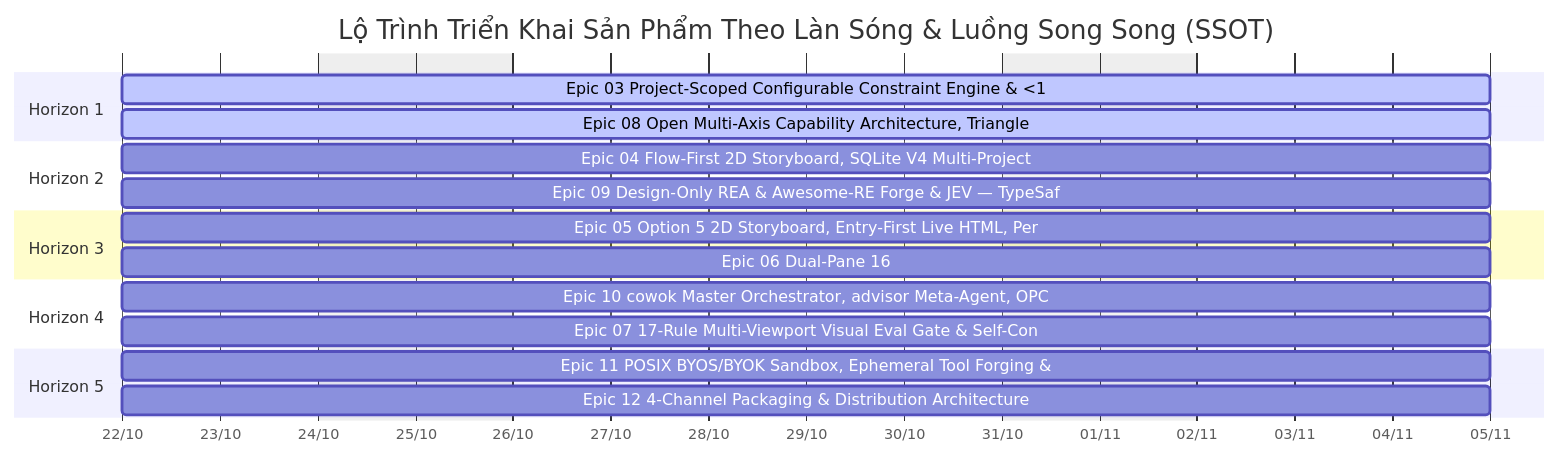
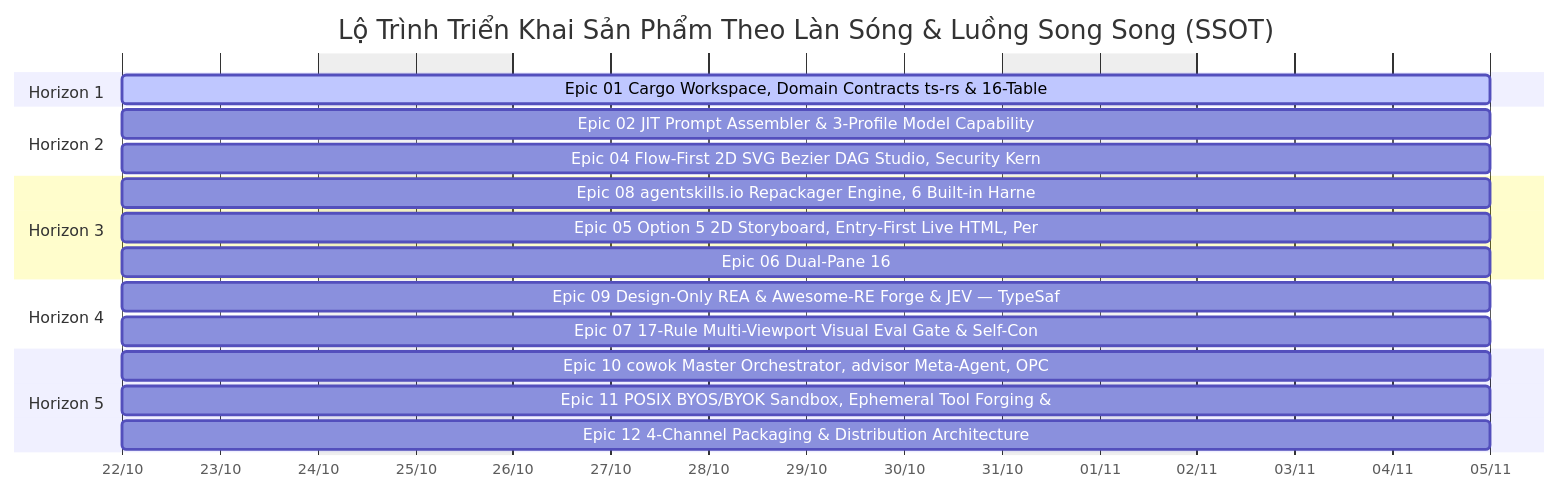
Before and after one commit to Nam123321/cowok-design: the second of 2 diagrams in _iwish-output/3. Development/development-roadmap.md, drawn with Mermaid. The commit also changed other lines of this file and 186 other files, not shown here.

````diff
--- a/_iwish-output/3. Development/development-roadmap.md
+++ b/_iwish-output/3. Development/development-roadmap.md
@@ -134,23 +134,24 @@
 ```mermaid
 gantt
     title Lộ Trình Triển Khai Sản Phẩm Theo Làn Sóng & Luồng Song Song (SSOT)
     dateFormat  YYYY-MM-DD
     axisFormat  %d/%m
     excludes    weekends
 
     section Horizon 1
-    Epic 03 Project-Scoped Configurable Constraint Engine & <1 :active, e03, 2026-10-22, 10d
-    Epic 08 Open Multi-Axis Capability Architecture, Triangle  :active, e08, 2026-10-22, 10d
+    Epic 01 Cargo Workspace, Domain Contracts ts-rs & 16-Table :active, e01, 2026-10-22, 10d
     section Horizon 2
-    Epic 04 Flow-First 2D Storyboard, SQLite V4 Multi-Project  : e04, 2026-10-22, 10d
-    Epic 09 Design-Only REA & Awesome-RE Forge & JEV — TypeSaf : e09, 2026-10-22, 10d
+    Epic 02 JIT Prompt Assembler & 3-Profile Model Capability  : e02, 2026-10-22, 10d
+    Epic 04 Flow-First 2D SVG Bezier DAG Studio, Security Kern : e04, 2026-10-22, 10d
     section Horizon 3
+    Epic 08 agentskills.io Repackager Engine, 6 Built-in Harne : e08, 2026-10-22, 10d
     Epic 05 Option 5 2D Storyboard, Entry-First Live HTML, Per : e05, 2026-10-22, 10d
     Epic 06 Dual-Pane 16:9 HTML Presentation & Non-Tech CMS Wo : e06, 2026-10-22, 10d
     section Horizon 4
-    Epic 10 cowok Master Orchestrator, advisor Meta-Agent, OPC : e10, 2026-10-22, 10d
+    Epic 09 Design-Only REA & Awesome-RE Forge & JEV — TypeSaf : e09, 2026-10-22, 10d
     Epic 07 17-Rule Multi-Viewport Visual Eval Gate & Self-Con : e07, 2026-10-22, 10d
     section Horizon 5
+    Epic 10 cowok Master Orchestrator, advisor Meta-Agent, OPC : e10, 2026-10-22, 10d
     Epic 11 POSIX BYOS/BYOK Sandbox, Ephemeral Tool Forging &  : e11, 2026-10-22, 10d
     Epic 12 4-Channel Packaging & Distribution Architecture : e12, 2026-10-22, 10d
 ```
````
